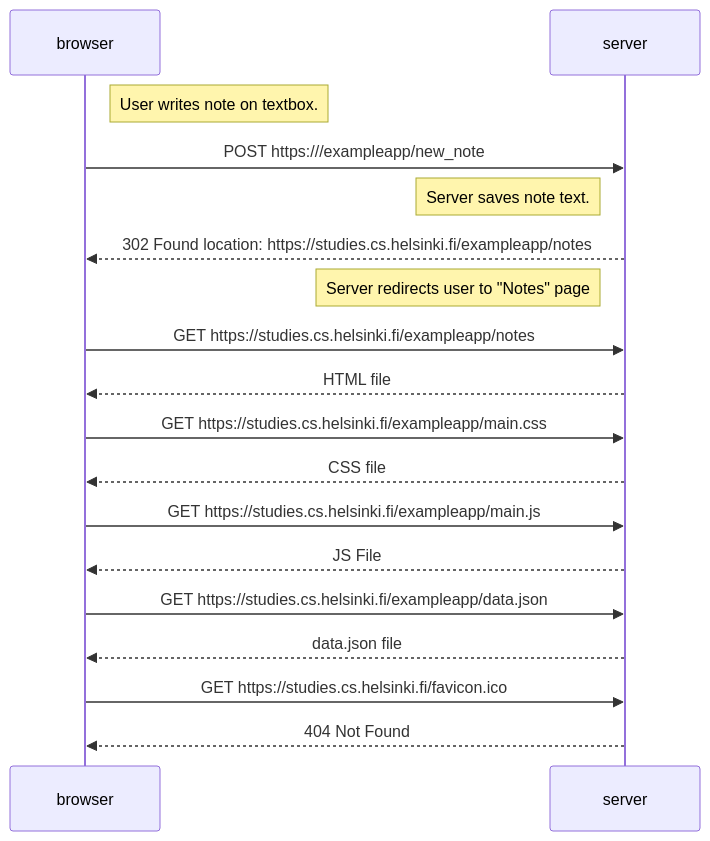
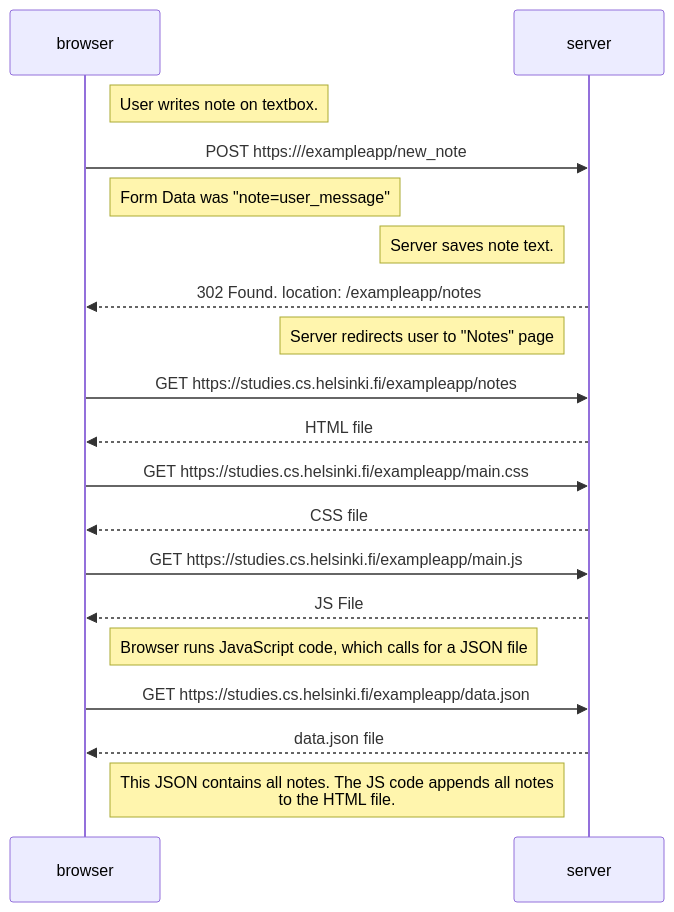
One commit to JorgeEncinas/full_stack_open_2023 changed the diagram in part0/0.4_newnote.md. Above: the diagram before and after it, drawn with Mermaid. The commit also changed 2 other files, not shown here.

Commit message:
Part 0 exercises done

````diff
--- a/part0/0.4_newnote.md
+++ b/part0/0.4_newnote.md
@@ -1,21 +1,22 @@
 ```mermaid
     sequenceDiagram
         participant browser
         participant server
 
         Note right of browser: User writes note on textbox.
         browser->>server: POST https:///exampleapp/new_note
+        Note right of browser: Form Data was "note=user_message"
         Note left of server: Server saves note text.
-        server-->>browser: 302 Found location: https://studies.cs.helsinki.fi/exampleapp/notes
+        server-->>browser: 302 Found. location: /exampleapp/notes
         Note left of server: Server redirects user to "Notes" page
         browser->>server: GET https://studies.cs.helsinki.fi/exampleapp/notes
         server-->>browser: HTML file
         browser->>server: GET https://studies.cs.helsinki.fi/exampleapp/main.css
         server-->>browser: CSS file
         browser->>server: GET https://studies.cs.helsinki.fi/exampleapp/main.js
         server-->>browser: JS File
+        Note right of browser: Browser runs JavaScript code, which calls for a JSON file
         browser->>server: GET https://studies.cs.helsinki.fi/exampleapp/data.json
         server-->>browser: data.json file
-        browser->>server: GET https://studies.cs.helsinki.fi/favicon.ico
-        server-->>browser: 404 Not Found
+        Note right of browser: This JSON contains all notes. The JS code appends all notes <br/> to the HTML file.
 ```
````
